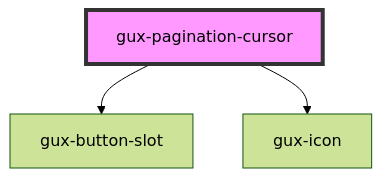
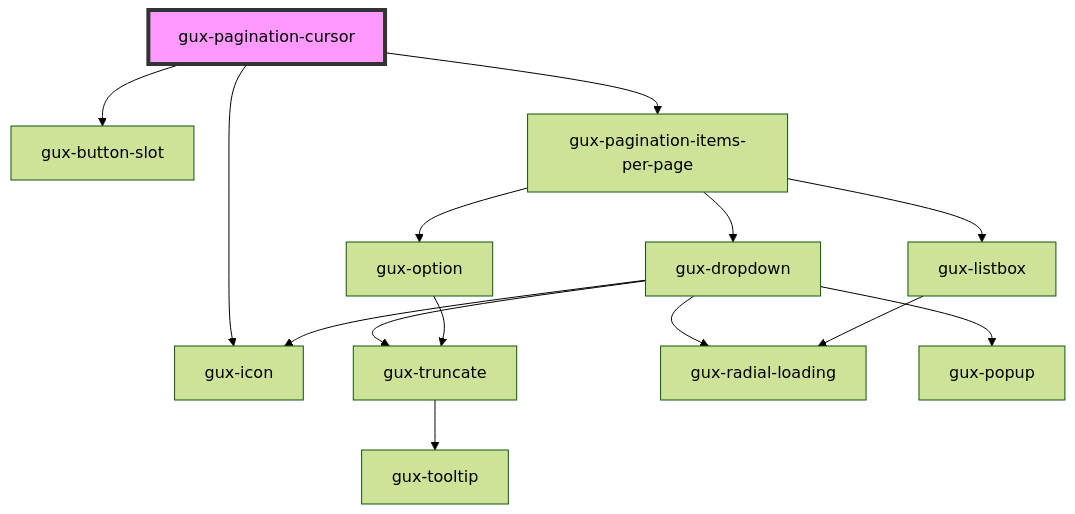
The diagram in packages/genesys-spark-components/src/components/stable/gux-pagination-cursor/readme.md (MyPureCloud/genesys-spark), drawn with Mermaid (forest theme) before and after one commit. The commit also changed other lines of this file and 3 other files, not shown here.

Commit message:
fix(pagination-cursor): fixing missing items per page dropdown

````diff
--- a/packages/genesys-spark-components/src/components/stable/gux-pagination-cursor/readme.md
+++ b/packages/genesys-spark-components/src/components/stable/gux-pagination-cursor/readme.md
@@ -34,6 +35,17 @@
 ```mermaid
 graph TD;
   gux-pagination-cursor --> gux-button-slot
   gux-pagination-cursor --> gux-icon
+  gux-pagination-cursor --> gux-pagination-items-per-page
+  gux-pagination-items-per-page --> gux-dropdown
+  gux-pagination-items-per-page --> gux-listbox
+  gux-pagination-items-per-page --> gux-option
+  gux-dropdown --> gux-truncate
+  gux-dropdown --> gux-icon
+  gux-dropdown --> gux-radial-loading
+  gux-dropdown --> gux-popup
+  gux-truncate --> gux-tooltip
+  gux-listbox --> gux-radial-loading
+  gux-option --> gux-truncate
   style gux-pagination-cursor fill:#f9f,stroke:#333,stroke-width:4px
 ```
````
